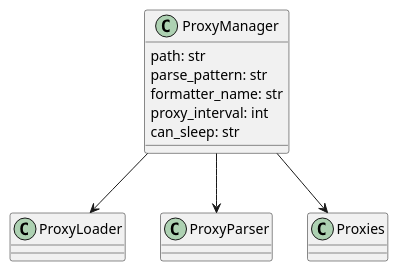
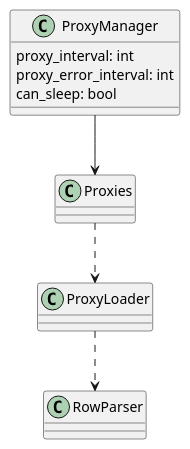
The diagram in ProxyManager.puml (overparser/proxy_manager), drawn with PlantUML before and after one commit. The commit also changed 2 other files, not shown here.

```diff
--- a/ProxyManager.puml
+++ b/ProxyManager.puml
@@ -1,13 +1,10 @@
 @startuml
 class ProxyManager{
-      path: str
-      parse_pattern: str
-      formatter_name: str
       proxy_interval: int
-      can_sleep: str
+      proxy_error_interval: int
+      can_sleep: bool
 }
-ProxyManager --> ProxyLoader
-ProxyManager --> ProxyParser
 ProxyManager --> Proxies
-
+Proxies ..> ProxyLoader
+ProxyLoader ..> RowParser
 @enduml
```
